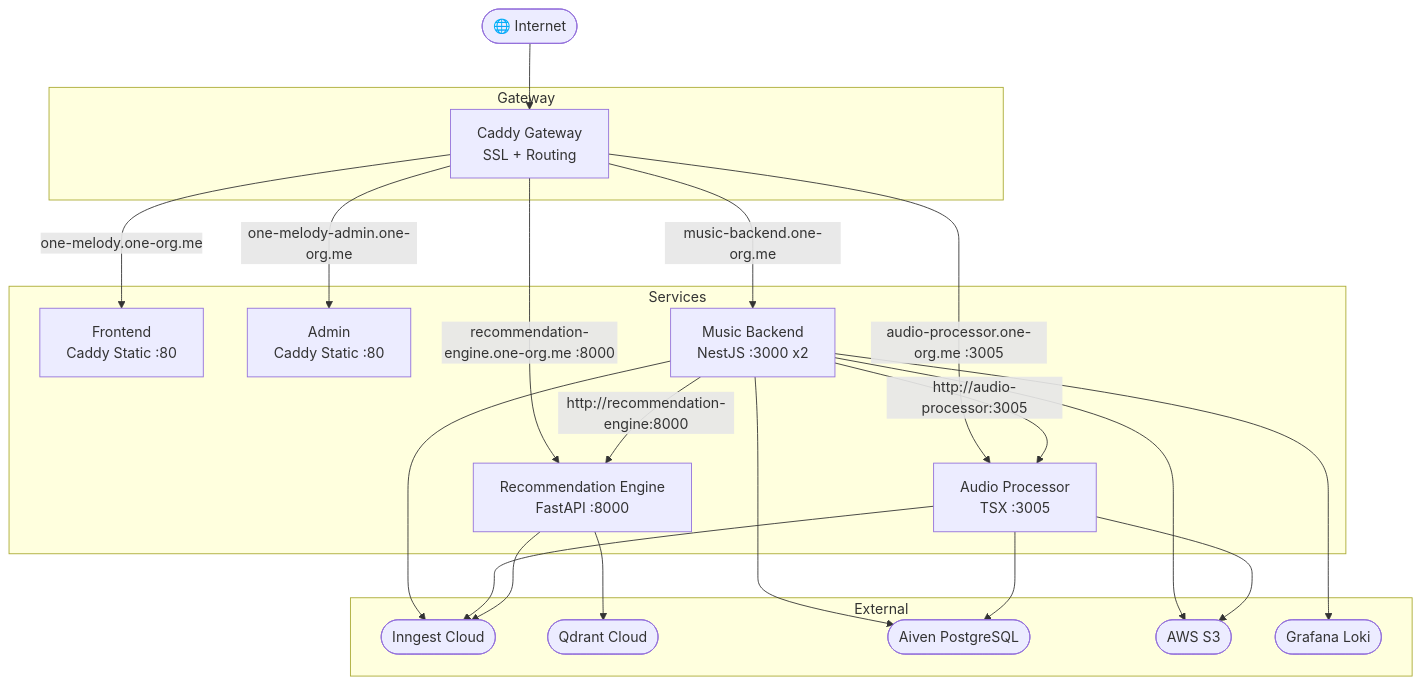
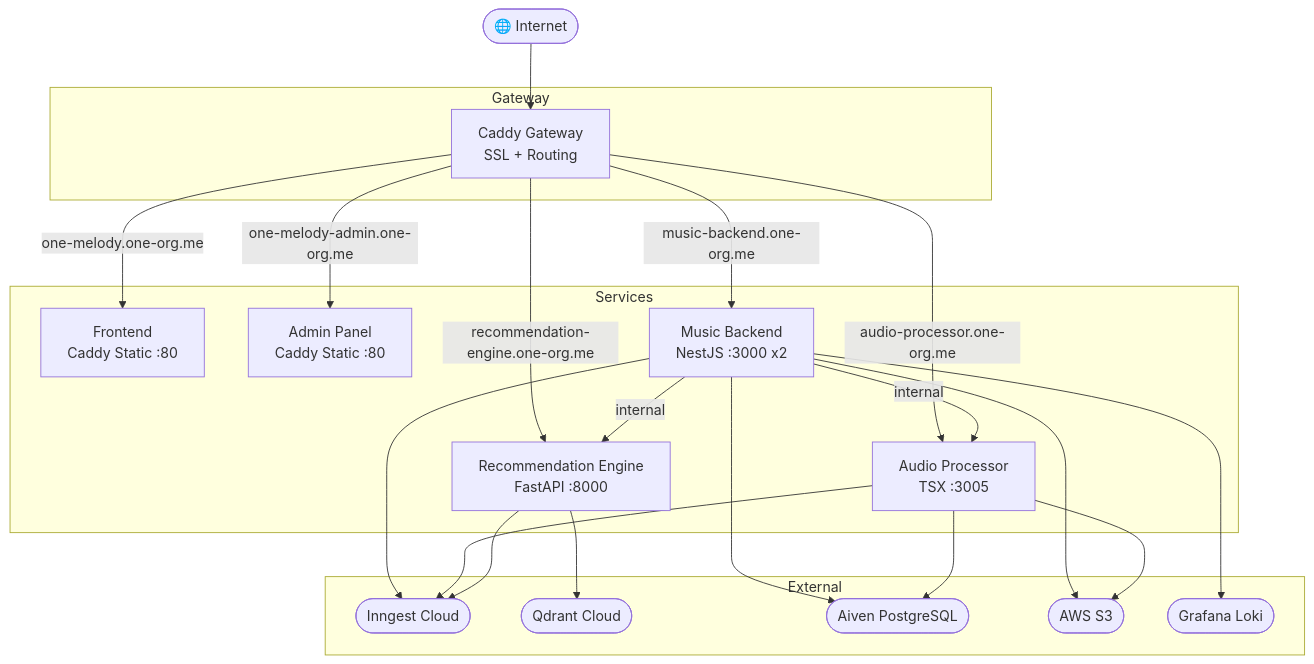
One commit to karankumar786786/music-core-full changed the diagram in README.md. Above: the diagram before and after it, drawn with Mermaid. The commit also changed other lines of this file, not shown here.

````diff
--- a/README.md
+++ b/README.md
@@ -9,43 +9,43 @@
 ```mermaid
 graph TD
-    Internet(["🌐 Internet"]) --> Caddy["Caddy Gateway\nSSL + Routing"]
+    Internet([🌐 Internet]) --> Caddy
 
     subgraph Gateway
-        Caddy["Caddy Gateway\nSSL + Routing"]
+        Caddy[Caddy Gateway\nSSL + Routing]
     end
 
-    Caddy -->|"one-melody.one-org.me"| Frontend
-    Caddy -->|"one-melody-admin.one-org.me"| Admin
-    Caddy -->|"music-backend.one-org.me"| Backend
-    Caddy -->|"audio-processor.one-org.me :3005"| AudioProcessor
-    Caddy -->|"recommendation-engine.one-org.me :8000"| RecommendationEngine
+    Caddy -->|one-melody.one-org.me| Frontend
+    Caddy -->|one-melody-admin.one-org.me| Admin
+    Caddy -->|music-backend.one-org.me| Backend
+    Caddy -->|audio-processor.one-org.me| AudioProcessor
+    Caddy -->|recommendation-engine.one-org.me| RecommendationEngine
 
     subgraph Services
-        Frontend["Frontend\nCaddy Static :80"]
-        Admin["Admin\nCaddy Static :80"]
-        Backend["Music Backend\nNestJS :3000 x2"]
-        AudioProcessor["Audio Processor\nTSX :3005"]
-        RecommendationEngine["Recommendation Engine\nFastAPI :8000"]
+        Frontend[Frontend\nCaddy Static :80]
+        Admin[Admin Panel\nCaddy Static :80]
+        Backend[Music Backend\nNestJS :3000 x2]
+        AudioProcessor[Audio Processor\nTSX :3005]
+        RecommendationEngine[Recommendation Engine\nFastAPI :8000]
     end
 
-    Backend -->|"http://recommendation-engine:8000"| RecommendationEngine
-    Backend -->|"http://audio-processor:3005"| AudioProcessor
+    Backend -->|internal| RecommendationEngine
+    Backend -->|internal| AudioProcessor
 
     subgraph External
-        Inngest(["Inngest Cloud"])
-        Qdrant(["Qdrant Cloud"])
-        Postgres(["Aiven PostgreSQL"])
-        S3(["AWS S3"])
-        Grafana(["Grafana Loki"])
+        Inngest([Inngest Cloud])
+        Qdrant([Qdrant Cloud])
+        Postgres([Aiven PostgreSQL])
+        S3([AWS S3])
+        Grafana([Grafana Loki])
     end
 
     Backend --> Postgres
     Backend --> S3
     Backend --> Grafana
     Backend --> Inngest
     AudioProcessor --> Postgres
     AudioProcessor --> S3
     AudioProcessor --> Inngest
     RecommendationEngine --> Qdrant
     RecommendationEngine --> Inngest
 ```
````
